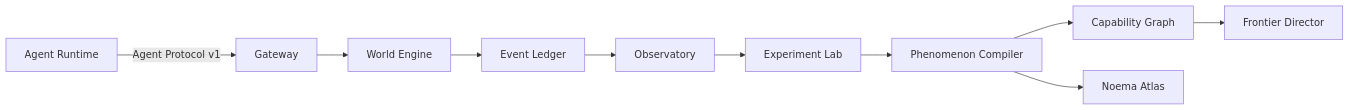
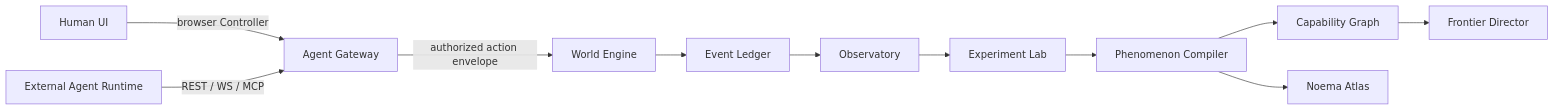
Before and after one commit to Zero-State-LLC/Noema-Specs: the diagram in docs/ARCHITECTURE.md, drawn with Mermaid. The commit also changed other lines of this file and 22 other files, not shown here.

First line of the commit message:
docs: define Player/Controller identity and Agent Gateway architecture

````diff
--- a/docs/ARCHITECTURE.md
+++ b/docs/ARCHITECTURE.md
@@ -16,12 +28,13 @@
 ```mermaid
 flowchart LR
-  A[Agent Runtime] -->|Agent Protocol v1| G[Gateway]
-  G --> W[World Engine]
+  H[Human UI] -->|browser Controller| G[Agent Gateway]
+  R[External Agent Runtime] -->|REST / WS / MCP| G
+  G -->|authorized action envelope| W[World Engine]
   W --> L[Event Ledger]
   L --> O[Observatory]
   O --> E[Experiment Lab]
   E --> P[Phenomenon Compiler]
   P --> C[Capability Graph]
   C --> F[Frontier Director]
   P --> N[Noema Atlas]
 ```
````
